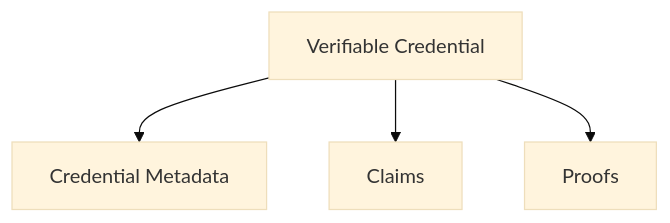
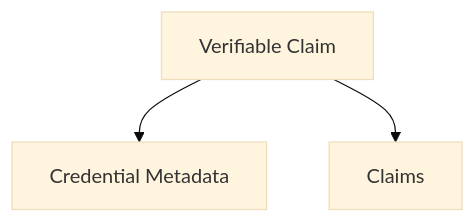
Before and after one commit to algorandfoundation/ARCs: the third of 4 diagrams in ARCs/arc-0113.md, drawn with Mermaid (base theme). The commit also changed other lines of this file, not shown here.

````diff
--- a/ARCs/arc-0113.md
+++ b/ARCs/arc-0113.md
@@ -139,6 +139,5 @@
-```mermaid
-flowchart TB
-        vcs["Verifiable Credential"] --> metadata["Credential Metadata"]
-        vcs["Verifiable Credential"] --> claims["Claims"]
-        vcs["Verifiable Credential"] --> proofs["Proofs"] 
-```
+    ```mermaid
+    flowchart TB
+            vcs["Verifiable Claim"] --> metadata["Credential Metadata"]
+            vcs["Verifiable Claim"] --> claims["Claims"]
+    ```
````
